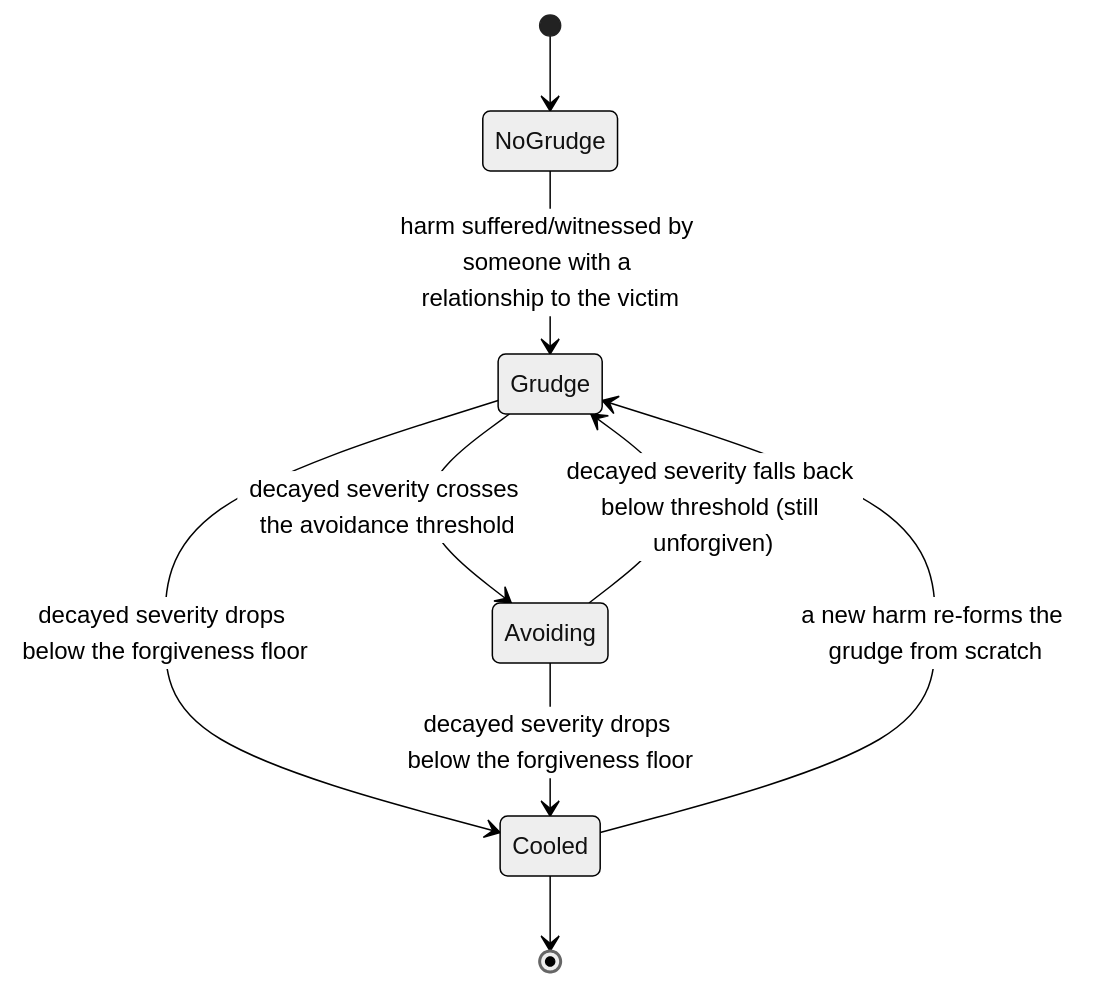
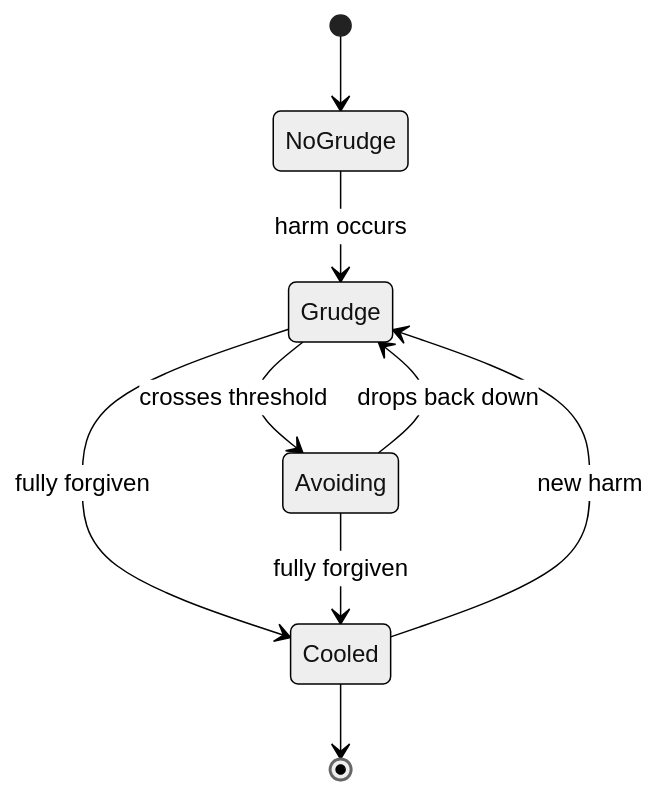
One commit to ByteBard97/Chronicle changed the fourth of 4 diagrams in README.md. Above: the diagram before and after it, drawn with Mermaid (neutral theme). The commit also changed other lines of this file, not shown here.

First line of the commit message:
README: restructure architecture diagram, fix label clipping/contrast

````diff
--- a/README.md
+++ b/README.md
@@ -100,11 +114,11 @@
 ```mermaid
 stateDiagram-v2
     [*] --> NoGrudge
-    NoGrudge --> Grudge: harm suffered/witnessed by someone with a relationship to the victim
-    Grudge --> Avoiding: decayed severity crosses the avoidance threshold
-    Avoiding --> Grudge: decayed severity falls back below threshold (still unforgiven)
-    Grudge --> Cooled: decayed severity drops below the forgiveness floor
-    Avoiding --> Cooled: decayed severity drops below the forgiveness floor
-    Cooled --> Grudge: a new harm re-forms the grudge from scratch
+    NoGrudge --> Grudge: harm occurs
+    Grudge --> Avoiding: crosses threshold
+    Avoiding --> Grudge: drops back down
+    Grudge --> Cooled: fully forgiven
+    Avoiding --> Cooled: fully forgiven
+    Cooled --> Grudge: new harm
     Cooled --> [*]
 ```
````
